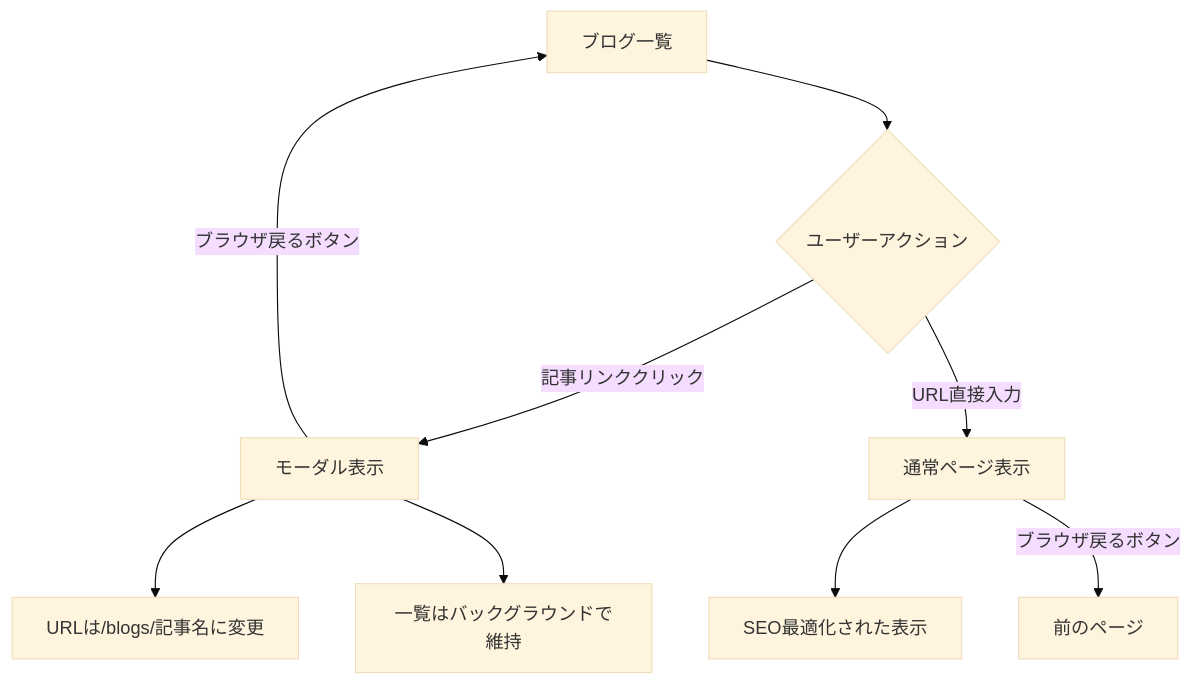
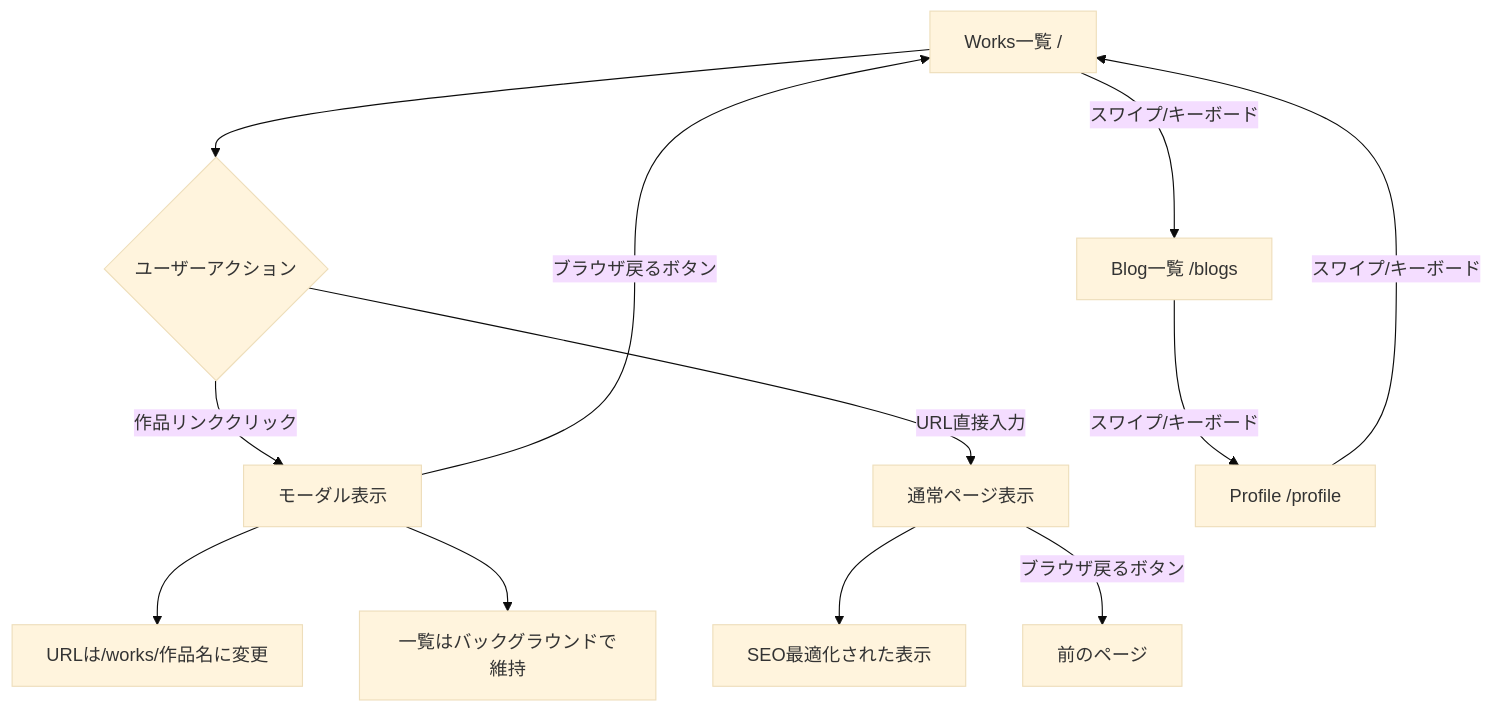
Before and after one commit to andmohiko/andmohiko.dev: the first of 3 diagrams in spec.md, drawn with Mermaid (base theme). The commit also changed other lines of this file, not shown here.

````diff
--- a/spec.md
+++ b/spec.md
@@ -114,14 +138,18 @@
 ```mermaid
 graph TD
-    A[ブログ一覧] --> B{ユーザーアクション}
+    A[Works一覧 /] --> B{ユーザーアクション}
 
-    B -->|記事リンククリック| C[モーダル表示]
-    C --> D[URLは/blogs/記事名に変更]
+    B -->|作品リンククリック| C[モーダル表示]
+    C --> D[URLは/works/作品名に変更]
     C --> E[一覧はバックグラウンドで維持]
 
     B -->|URL直接入力| F[通常ページ表示]
     F --> G[SEO最適化された表示]
 
     C -->|ブラウザ戻るボタン| A
     F -->|ブラウザ戻るボタン| H[前のページ]
+
+    A -->|スワイプ/キーボード| I[Blog一覧 /blogs]
+    I -->|スワイプ/キーボード| J[Profile /profile]
+    J -->|スワイプ/キーボード| A
 ```
````
